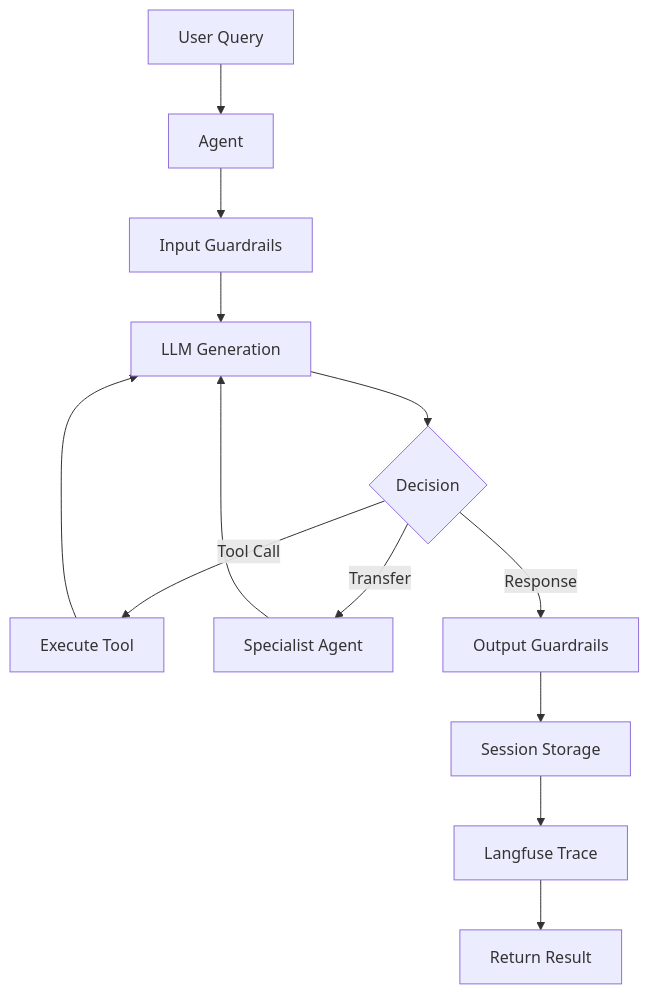
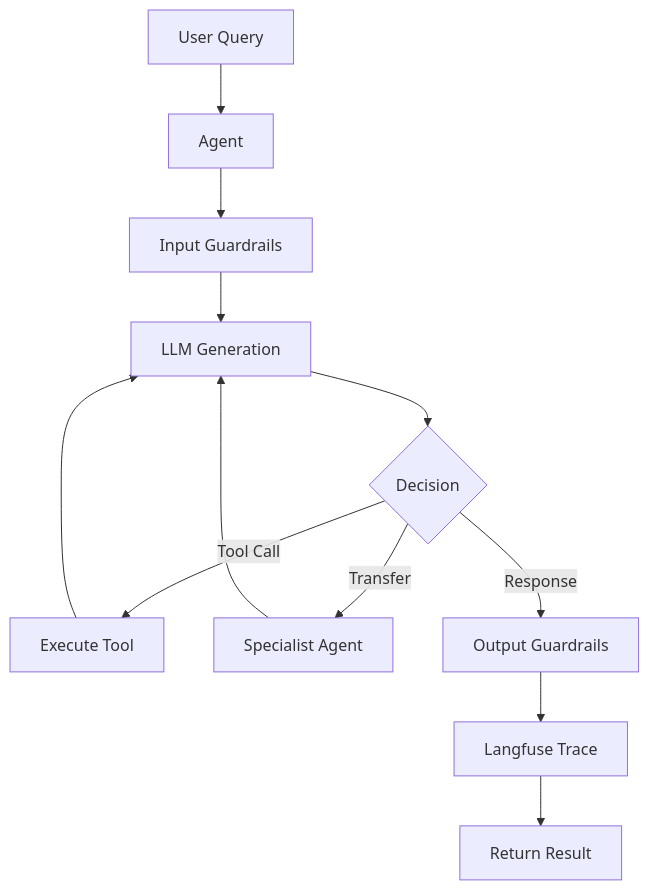
Before and after one commit to tawk/tawk-agents-sdk: the diagram in docs/README.md, drawn with Mermaid. The commit also changed other lines of this file and 20 other files, not shown here.

````diff
--- a/docs/README.md
+++ b/docs/README.md
@@ -146,18 +145,17 @@
 ```mermaid
 graph TD
     A[User Query] --> B[Agent]
     B --> C[Input Guardrails]
     C --> D[LLM Generation]
     D --> E{Decision}
 
     E -->|Tool Call| F[Execute Tool]
     E -->|Transfer| G[Specialist Agent]
     E -->|Response| H[Output Guardrails]
 
     F --> D
     G --> D
 
-    H --> I[Session Storage]
-    I --> J[Langfuse Trace]
-    J --> K[Return Result]
+    H --> I[Langfuse Trace]
+    I --> J[Return Result]
 ```
````
